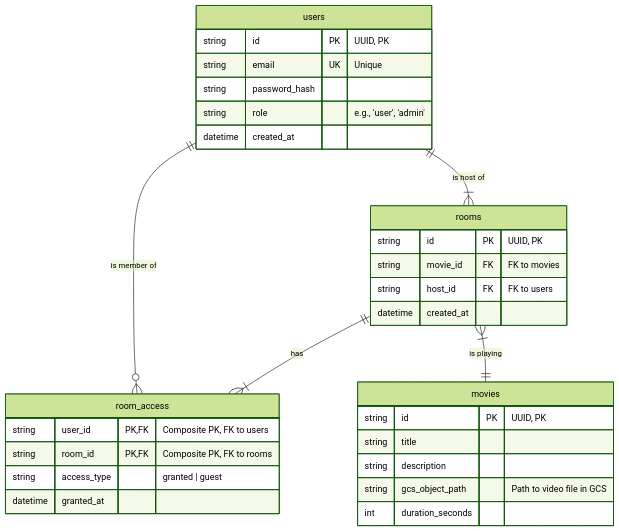
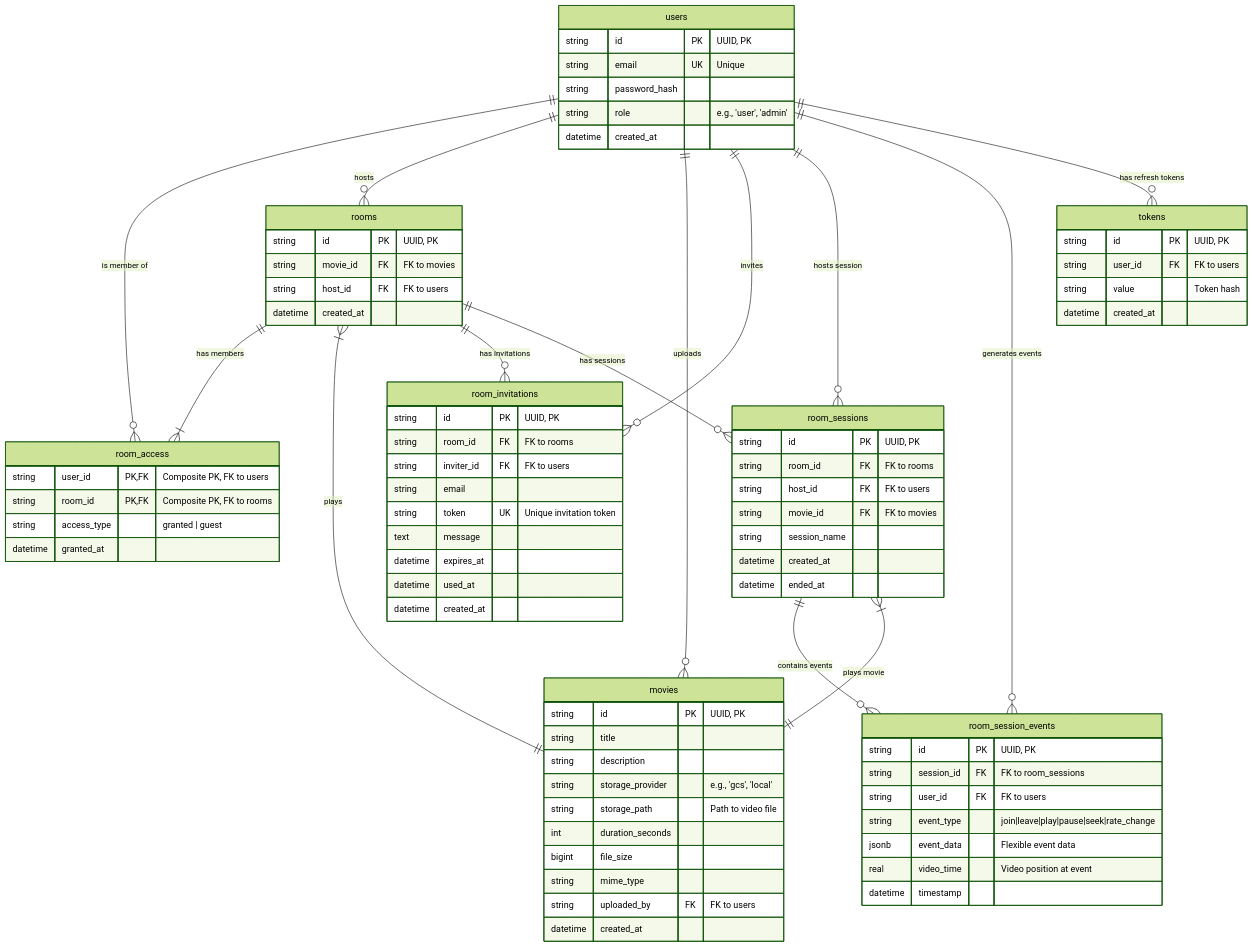
One commit to c3llus/watch-party changed the diagram in docs/erd.mermaid. Above: the diagram before and after it, drawn with Mermaid (forest theme). The commit also changed 14 other files, not shown here.

Commit message:
feat(backend): base sync operations to be used for video playback

```diff
--- a/docs/erd.mermaid
+++ b/docs/erd.mermaid
@@ -1,33 +1,84 @@
 erDiagram
     users {
         string id PK "UUID, PK"
         string email UK "Unique"
         string password_hash
         string role "e.g., 'user', 'admin'"
         datetime created_at
     }
     movies {
         string id PK "UUID, PK"
         string title
         string description
-        string gcs_object_path "Path to video file in GCS"
+        string storage_provider "e.g., 'gcs', 'local'"
+        string storage_path "Path to video file"
         int duration_seconds
+        bigint file_size
+        string mime_type
+        string uploaded_by FK "FK to users"
+        datetime created_at
     }
     rooms {
         string id PK "UUID, PK"
         string movie_id FK "FK to movies"
         string host_id FK "FK to users"
         datetime created_at
     }
     room_access {
         string user_id PK, FK "Composite PK, FK to users"
         string room_id PK, FK "Composite PK, FK to rooms"
         string access_type "granted | guest"
         datetime granted_at
     }
+    room_invitations {
+        string id PK "UUID, PK"
+        string room_id FK "FK to rooms"
+        string inviter_id FK "FK to users"
+        string email
+        string token UK "Unique invitation token"
+        text message
+        datetime expires_at
+        datetime used_at
+        datetime created_at
+    }
+    room_sessions {
+        string id PK "UUID, PK"
+        string room_id FK "FK to rooms"
+        string host_id FK "FK to users"
+        string movie_id FK "FK to movies"
+        string session_name
+        datetime created_at
+        datetime ended_at
+    }
+    room_session_events {
+        string id PK "UUID, PK"
+        string session_id FK "FK to room_sessions"
+        string user_id FK "FK to users"
+        string event_type "join|leave|play|pause|seek|rate_change"
+        jsonb event_data "Flexible event data"
+        real video_time "Video position at event"
+        datetime timestamp
+    }
+    tokens {
+        string id PK "UUID, PK"
+        string user_id FK "FK to users"
+        string value "Token hash"
+        datetime created_at
+    }
 
-
+    %% Relationships
     users ||--o{ room_access : "is member of"
-    rooms ||--|{ room_access : "has"
-    rooms }|--|| movies : "is playing"
-    users ||--|{ rooms : "is host of"
+    users ||--o{ rooms : "hosts"
+    users ||--o{ movies : "uploads"
+    users ||--o{ room_invitations : "invites"
+    users ||--o{ room_sessions : "hosts session"
+    users ||--o{ room_session_events : "generates events"
+    users ||--o{ tokens : "has refresh tokens"
+    
+    rooms ||--|{ room_access : "has members"
+    rooms }|--|| movies : "plays"
+    rooms ||--o{ room_invitations : "has invitations"
+    rooms ||--o{ room_sessions : "has sessions"
+    
+    room_sessions ||--o{ room_session_events : "contains events"
+    room_sessions }|--|| movies : "plays movie"
```
